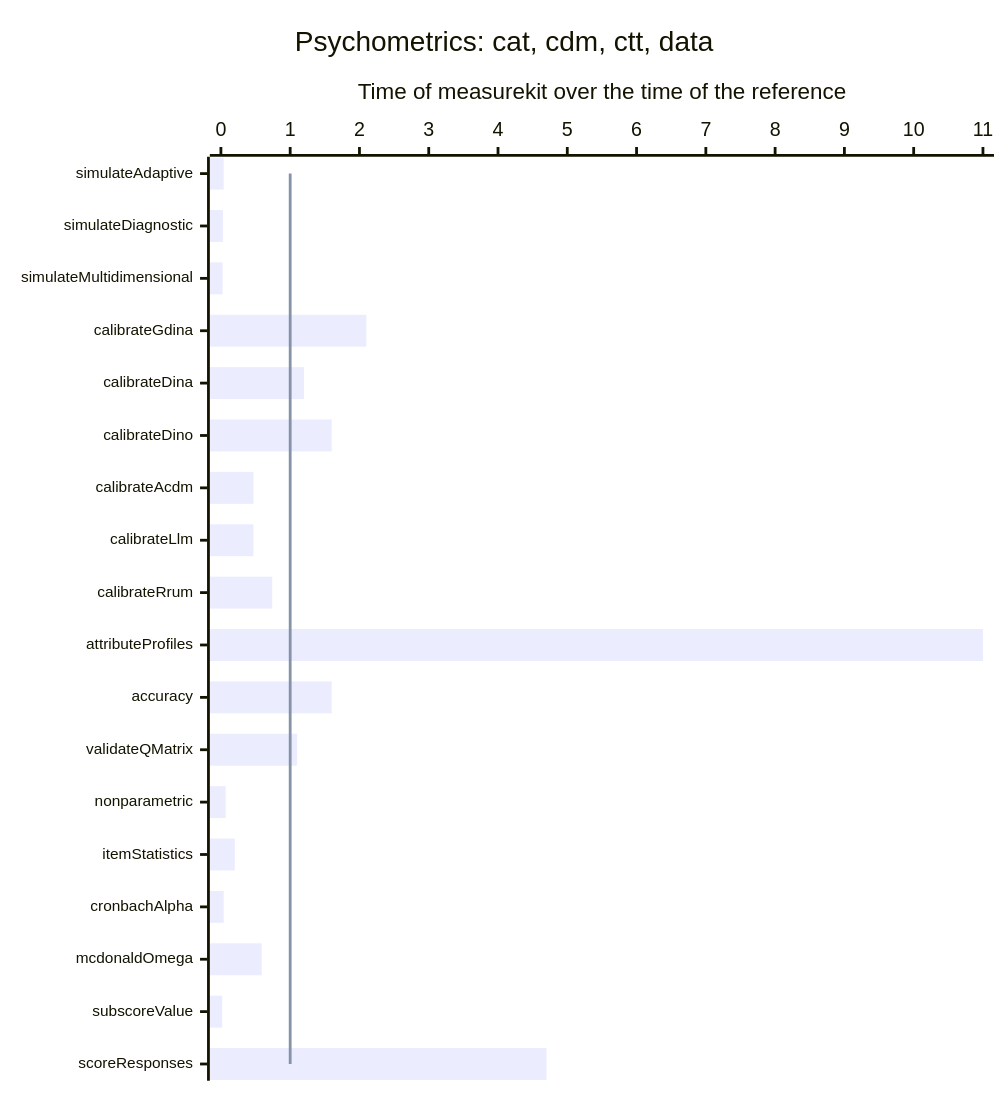
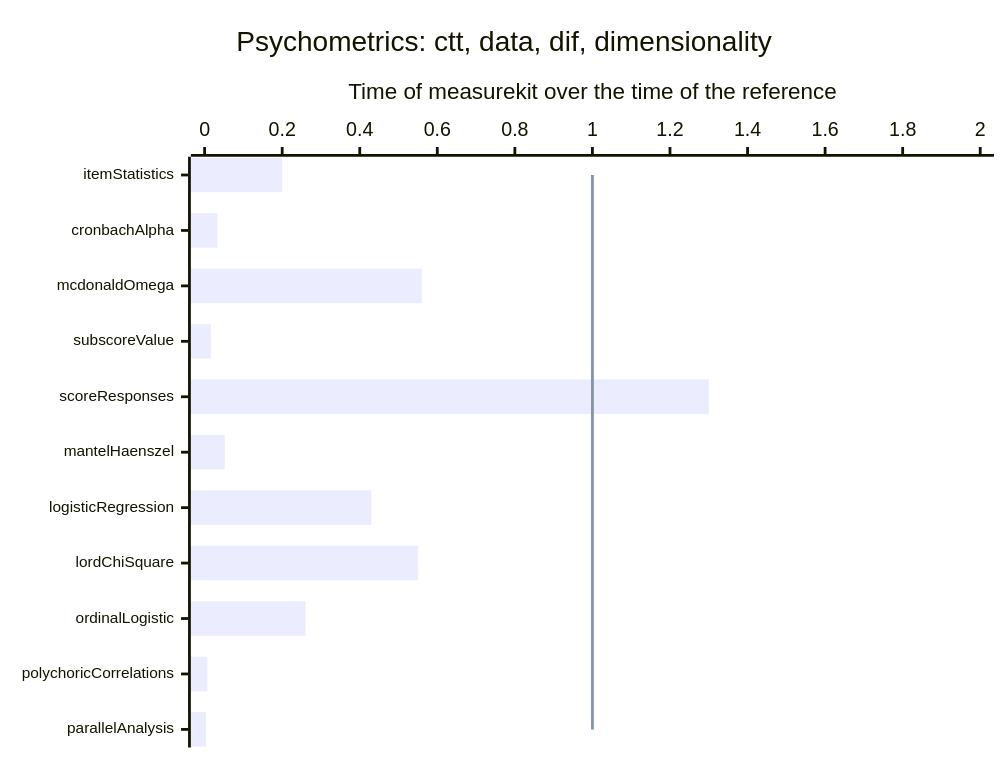
Before and after one commit to measurekit/measurekit: the third of 11 diagrams in docs/performance.md, drawn with Mermaid. The commit also changed other lines of this file and 5 other files, not shown here.

````diff
--- a/docs/performance.md
+++ b/docs/performance.md
@@ -33,9 +33,9 @@
 ```mermaid
-%%{init: {"xyChart": {"height": 762, "xAxis": {"labelFontSize": 11}}}}%%
+%%{init: {"xyChart": {"height": 524, "xAxis": {"labelFontSize": 11}}}}%%
 xychart-beta horizontal
-  title "Psychometrics: cat, cdm, ctt, data"
-  x-axis ["simulateAdaptive", "simulateDiagnostic", "simulateMultidimensional", "calibrateGdina", "calibrateDina", "calibrateDino", "calibrateAcdm", "calibrateLlm", "calibrateRrum", "attributeProfiles", "accuracy", "validateQMatrix", "nonparametric", "itemStatistics", "cronbachAlpha", "mcdonaldOmega", "subscoreValue", "scoreResponses"]
-  y-axis "Time of measurekit over the time of the reference" 0 --> 11
-  bar [0.04, 0.03, 0.025, 2.1, 1.2, 1.6, 0.47, 0.47, 0.74, 11, 1.6, 1.1, 0.068, 0.2, 0.041, 0.59, 0.02, 4.7]
-  line [1, 1, 1, 1, 1, 1, 1, 1, 1, 1, 1, 1, 1, 1, 1, 1, 1, 1]
+  title "Psychometrics: ctt, data, dif, dimensionality"
+  x-axis ["itemStatistics", "cronbachAlpha", "mcdonaldOmega", "subscoreValue", "scoreResponses", "mantelHaenszel", "logisticRegression", "lordChiSquare", "ordinalLogistic", "polychoricCorrelations", "parallelAnalysis"]
+  y-axis "Time of measurekit over the time of the reference" 0 --> 2
+  bar [0.2, 0.033, 0.56, 0.016, 1.3, 0.052, 0.43, 0.55, 0.26, 0.0071, 0.0033]
+  line [1, 1, 1, 1, 1, 1, 1, 1, 1, 1, 1]
 ```
````
